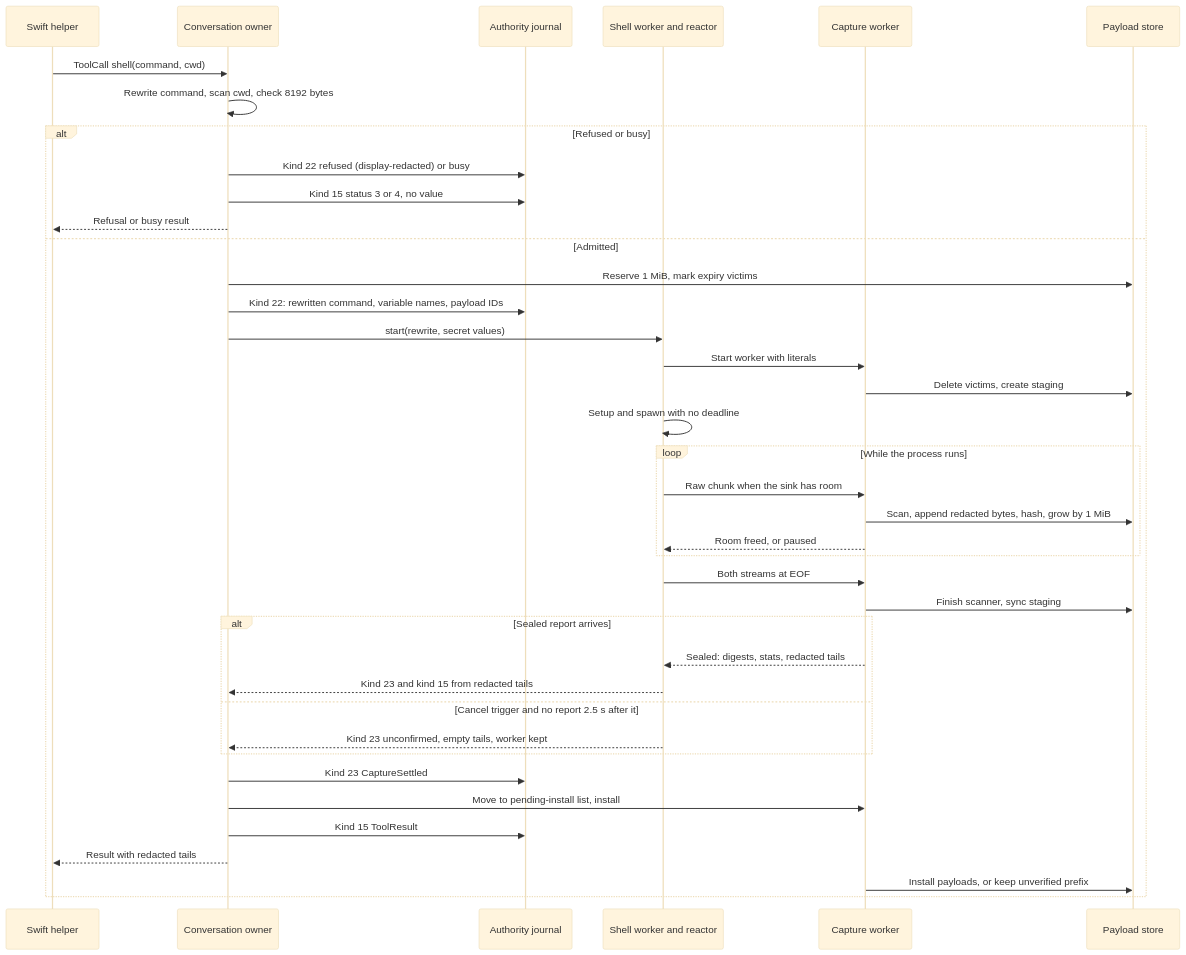
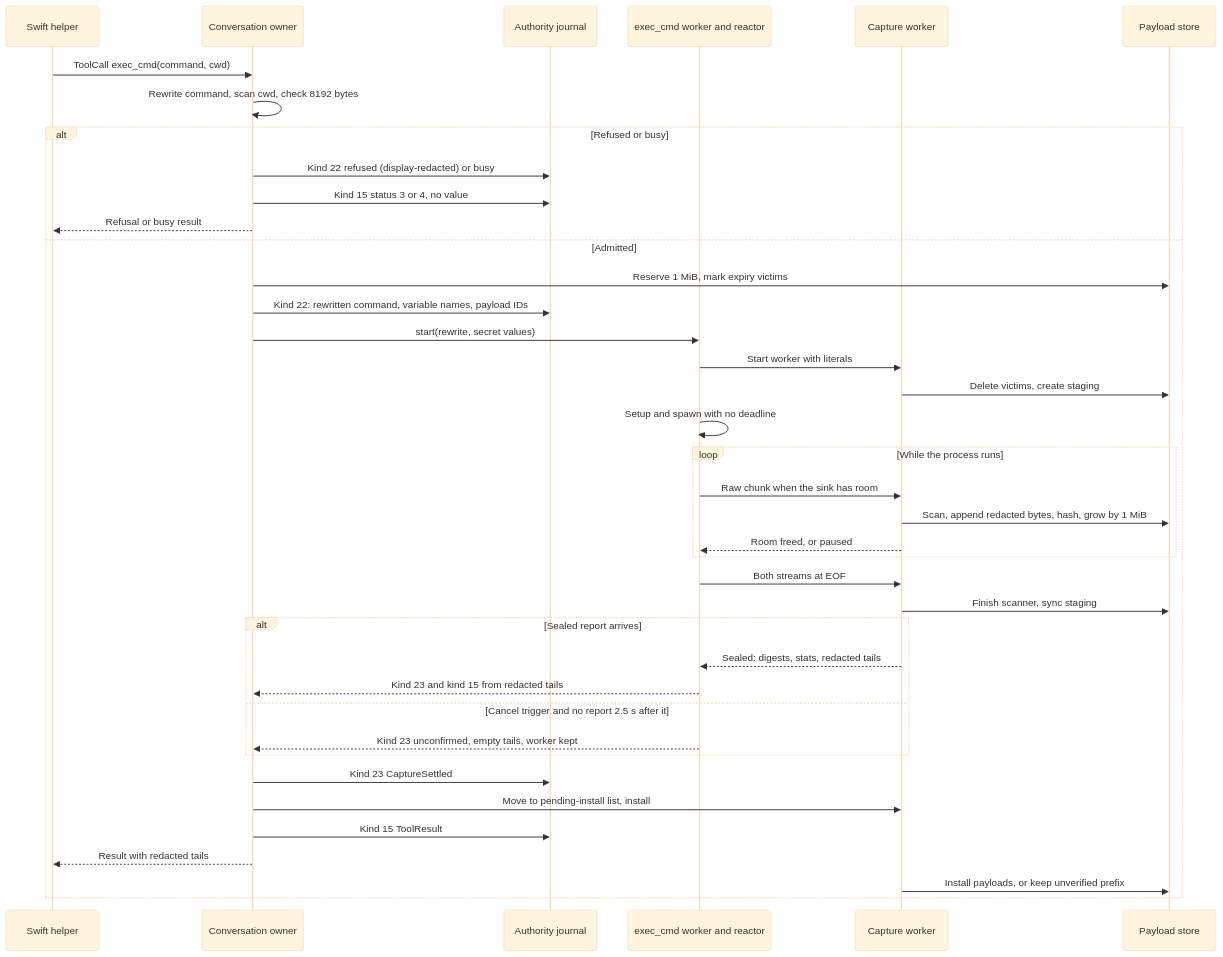
One commit to pidster/asura changed the eighth of 8 diagrams in docs/designs/tool-job-controller.md. Above: the diagram before and after it, drawn with Mermaid (base theme). The commit also changed other lines of this file and 84 other files, not shown here.

````diff
--- a/docs/designs/tool-job-controller.md
+++ b/docs/designs/tool-job-controller.md
@@ -1547,41 +1547,41 @@
 ```mermaid
 sequenceDiagram
     participant M as Swift helper
     participant C as Conversation owner
     participant J as Authority journal
-    participant W as Shell worker and reactor
+    participant W as exec_cmd worker and reactor
     participant K as Capture worker
     participant S as Payload store
-    M->>C: ToolCall shell(command, cwd)
+    M->>C: ToolCall exec_cmd(command, cwd)
     C->>C: Rewrite command, scan cwd, check 8192 bytes
     alt Refused or busy
         C->>J: Kind 22 refused (display-redacted) or busy
         C->>J: Kind 15 status 3 or 4, no value
         C-->>M: Refusal or busy result
     else Admitted
         C->>S: Reserve 1 MiB, mark expiry victims
         C->>J: Kind 22: rewritten command, variable names, payload IDs
         C->>W: start(rewrite, secret values)
         W->>K: Start worker with literals
         K->>S: Delete victims, create staging
         W->>W: Setup and spawn with no deadline
         loop While the process runs
             W->>K: Raw chunk when the sink has room
             K->>S: Scan, append redacted bytes, hash, grow by 1 MiB
             K-->>W: Room freed, or paused
         end
         W->>K: Both streams at EOF
         K->>S: Finish scanner, sync staging
         alt Sealed report arrives
             K-->>W: Sealed: digests, stats, redacted tails
             W-->>C: Kind 23 and kind 15 from redacted tails
         else Cancel trigger and no report 2.5 s after it
             W-->>C: Kind 23 unconfirmed, empty tails, worker kept
         end
         C->>J: Kind 23 CaptureSettled
         C->>K: Move to pending-install list, install
         C->>J: Kind 15 ToolResult
         C-->>M: Result with redacted tails
         K->>S: Install payloads, or keep unverified prefix
     end
 ```
````
